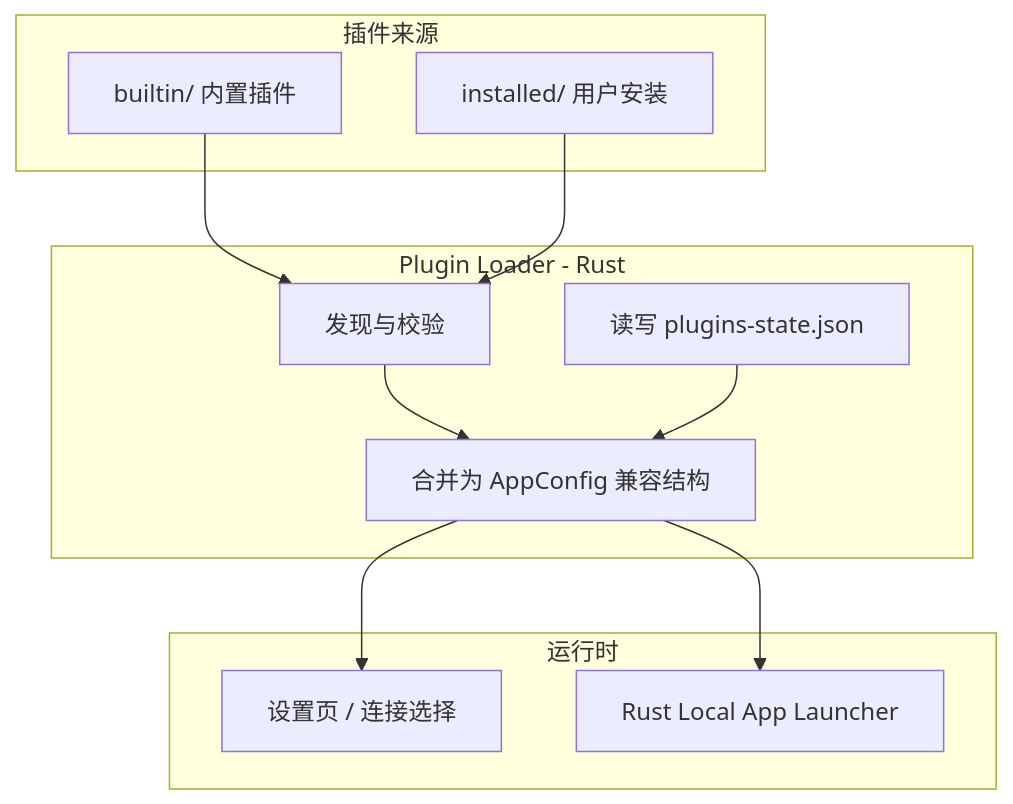
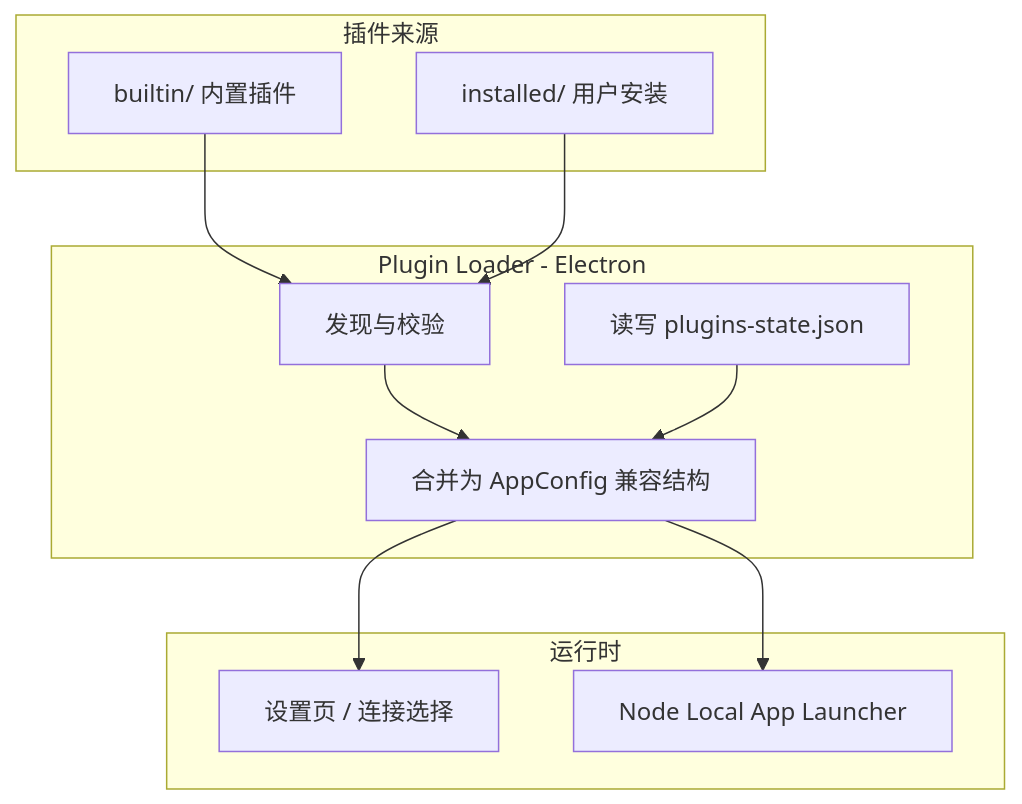
The first of 2 diagrams in docs/plugins/DESIGN.md (jumpserver/luna), drawn with Mermaid before and after one commit. The commit also changed other lines of this file and 68 other files, not shown here.

````diff
--- a/docs/plugins/DESIGN.md
+++ b/docs/plugins/DESIGN.md
@@ -31,25 +31,25 @@
 ```mermaid
 flowchart TB
     subgraph sources [插件来源]
         B[builtin/ 内置插件]
         I[installed/ 用户安装]
     end
 
-    subgraph loader [Plugin Loader - Rust]
+    subgraph loader [Plugin Loader - Electron]
         D[发现与校验]
         M[合并为 AppConfig 兼容结构]
         S[读写 plugins-state.json]
     end
 
     subgraph runtime [运行时]
         UI[设置页 / 连接选择]
-        AW[Rust Local App Launcher]
+        AW[Node Local App Launcher]
     end
 
     B --> D
     I --> D
     D --> M
     S --> M
     M --> UI
     M --> AW
 ```
````
